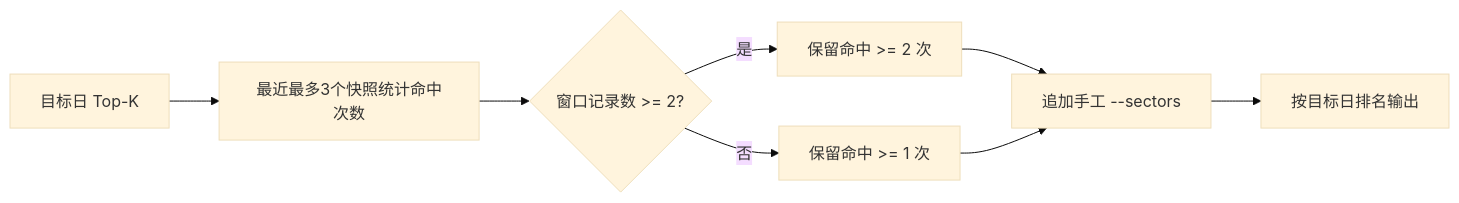
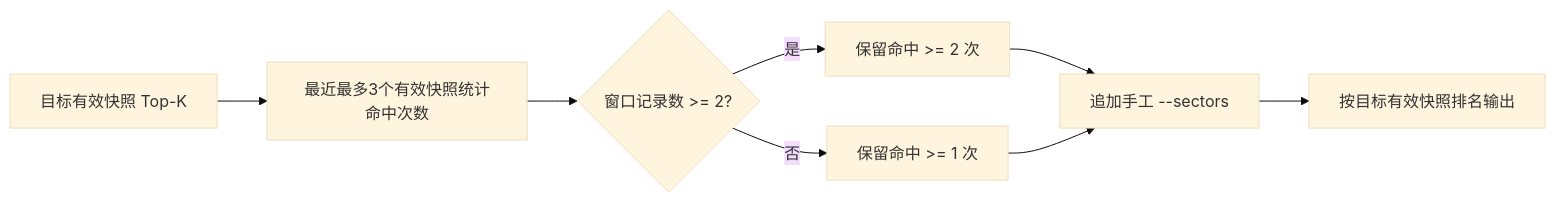
One commit to alyx000/tradeSystem changed the second of 2 diagrams in docs/superpowers/specs/2026-07-14-trend-leader-mainline-hardening-design.md. Above: the diagram before and after it, drawn with Mermaid (base theme). The commit also changed other lines of this file and 1 other file, not shown here.

````diff
--- a/docs/superpowers/specs/2026-07-14-trend-leader-mainline-hardening-design.md
+++ b/docs/superpowers/specs/2026-07-14-trend-leader-mainline-hardening-design.md
@@ -96,10 +97,10 @@
 ```mermaid
 flowchart LR
-    Current["目标日 Top-K"] --> Count["最近最多3个快照统计命中次数"]
+    Current["目标有效快照 Top-K"] --> Count["最近最多3个有效快照统计命中次数"]
     Count --> Enough{"窗口记录数 >= 2?"}
     Enough -->|是| Twice["保留命中 >= 2 次"]
     Enough -->|否| Once["保留命中 >= 1 次"]
     Twice --> Merge["追加手工 --sectors"]
     Once --> Merge
-    Merge --> Ordered["按目标日排名输出"]
+    Merge --> Ordered["按目标有效快照排名输出"]
 ```
````
